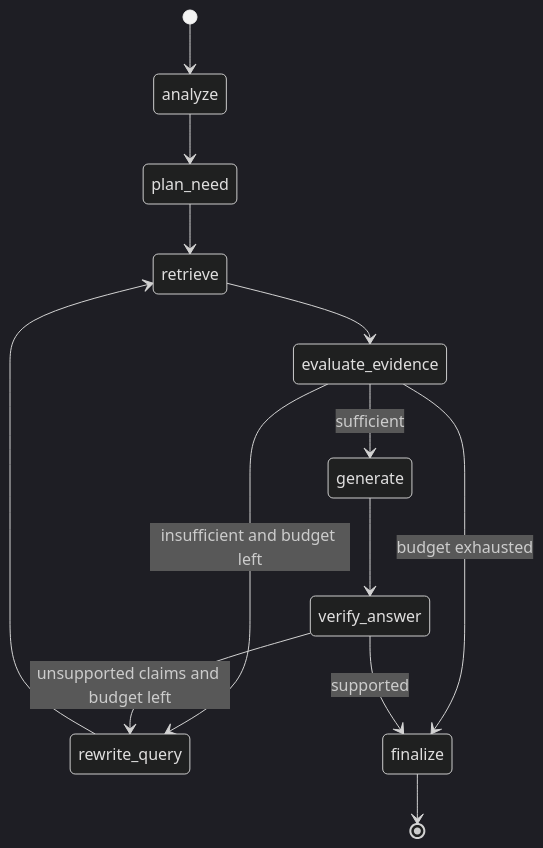
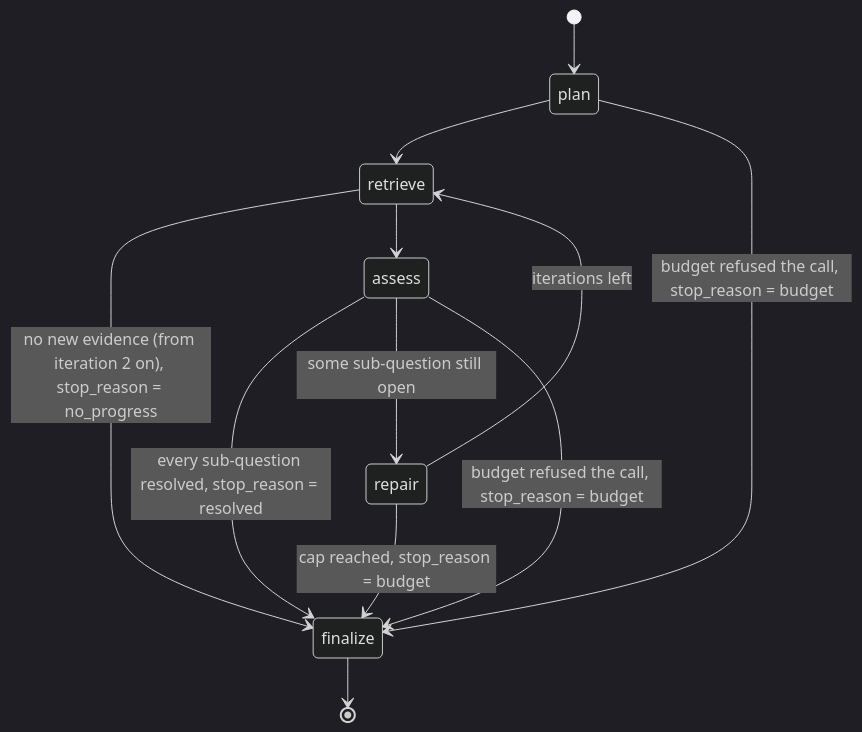
Before and after one commit to ranjan-del/ragfabric: the diagram in docs/agentic-rag.md, drawn with Mermaid (dark theme). The commit also changed other lines of this file and 59 other files, not shown here.

````diff
--- a/docs/agentic-rag.md
+++ b/docs/agentic-rag.md
@@ -35,15 +59,14 @@
 ```mermaid
 stateDiagram-v2
-    [*] --> analyze
-    analyze --> plan_need
-    plan_need --> retrieve
-    retrieve --> evaluate_evidence
-    evaluate_evidence --> generate: sufficient
-    evaluate_evidence --> rewrite_query: insufficient and budget left
-    evaluate_evidence --> finalize: budget exhausted
-    rewrite_query --> retrieve
-    generate --> verify_answer
-    verify_answer --> finalize: supported
-    verify_answer --> rewrite_query: unsupported claims and budget left
+    [*] --> plan
+    plan --> retrieve
+    retrieve --> finalize: no new evidence (from iteration 2 on), stop_reason = no_progress
+    retrieve --> assess
+    assess --> finalize: every sub-question resolved, stop_reason = resolved
+    assess --> repair: some sub-question still open
+    repair --> retrieve: iterations left
+    repair --> finalize: cap reached, stop_reason = budget
+    plan --> finalize: budget refused the call, stop_reason = budget
+    assess --> finalize: budget refused the call, stop_reason = budget
     finalize --> [*]
 ```
````
